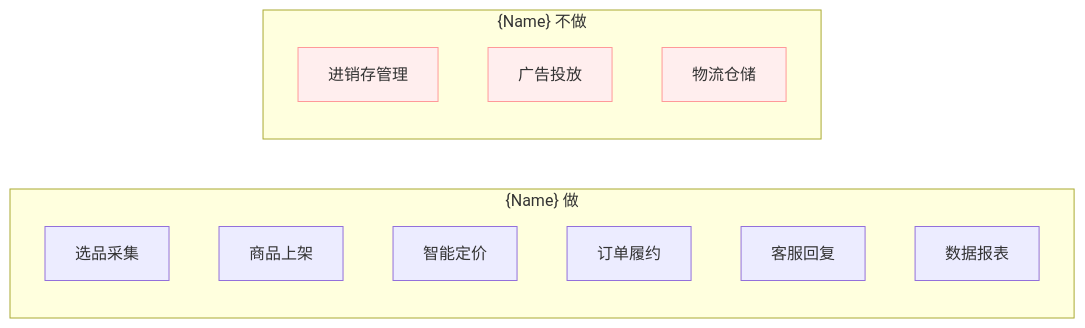
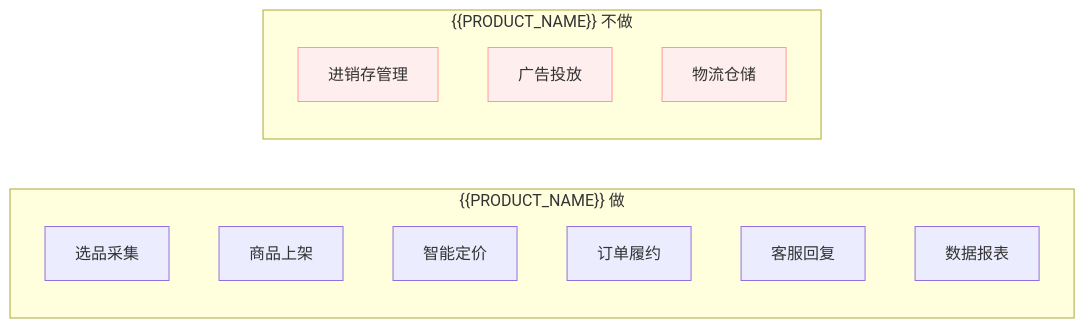
One commit to full-stack-skills/document-skills changed the first of 4 diagrams in skills/full-stack-doc/templates/root/6、产品与版本规划.md. Above: the diagram before and after it, drawn with Mermaid. The commit also changed other lines of this file and 59 other files, not shown here.

````diff
--- a/skills/full-stack-doc/templates/root/6、产品与版本规划.md
+++ b/skills/full-stack-doc/templates/root/6、产品与版本规划.md
@@ -45,21 +45,21 @@
 ```mermaid
 graph LR
-    subgraph "{Name} 做"
+    subgraph "{{PRODUCT_NAME}} 做"
         A["选品采集"]
         B["商品上架"]
         C["智能定价"]
         D["订单履约"]
         E["客服回复"]
         F["数据报表"]
     end
 
-    subgraph "{Name} 不做"
+    subgraph "{{PRODUCT_NAME}} 不做"
         X["进销存管理"]
         Y["广告投放"]
         Z["物流仓储"]
     end
 
     style X fill:#fee,stroke:#f99
     style Y fill:#fee,stroke:#f99
     style Z fill:#fee,stroke:#f99
 ```
````
